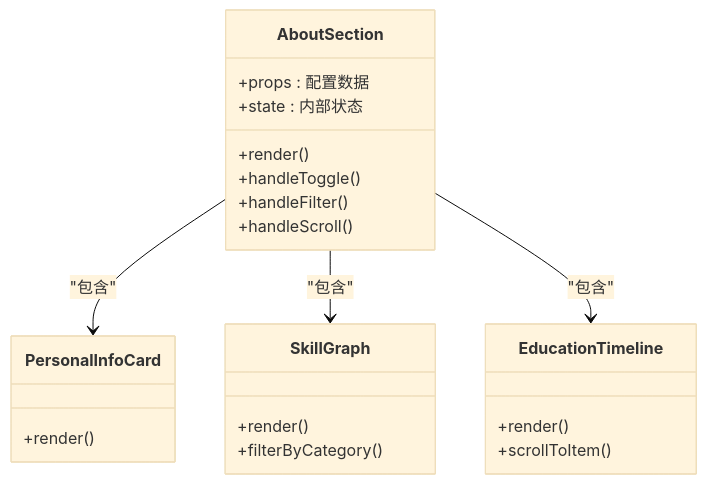
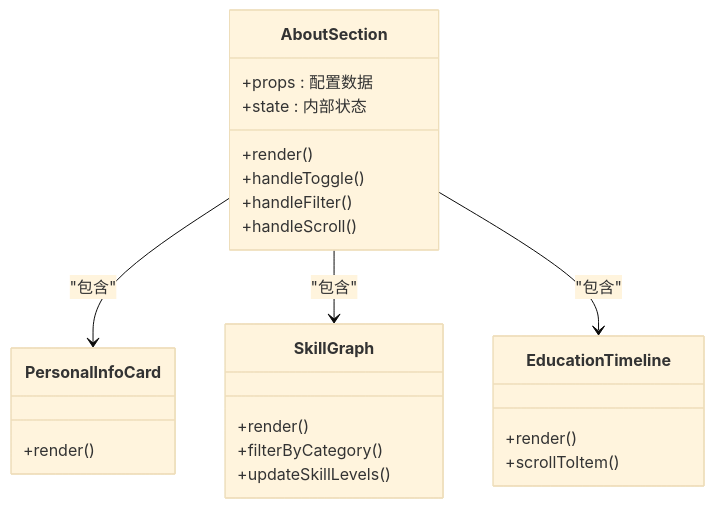
Before and after one commit to lithos666/lithos666.github.io: the fifth of 6 diagrams in .qoder/repowiki/zh/content/核心功能模块/个人介绍组件.md, drawn with Mermaid (base theme). The commit also changed other lines of this file and 30 other files, not shown here.

````diff
--- a/.qoder/repowiki/zh/content/核心功能模块/个人介绍组件.md
+++ b/.qoder/repowiki/zh/content/核心功能模块/个人介绍组件.md
@@ -210,25 +225,26 @@
 ```mermaid
 classDiagram
 class AboutSection {
 +props : 配置数据
 +state : 内部状态
 +render()
 +handleToggle()
 +handleFilter()
 +handleScroll()
 }
 class PersonalInfoCard {
 +render()
 }
 class SkillGraph {
 +render()
 +filterByCategory()
++updateSkillLevels()
 }
 class EducationTimeline {
 +render()
 +scrollToItem()
 }
 AboutSection --> PersonalInfoCard : "包含"
 AboutSection --> SkillGraph : "包含"
 AboutSection --> EducationTimeline : "包含"
 ```
````
